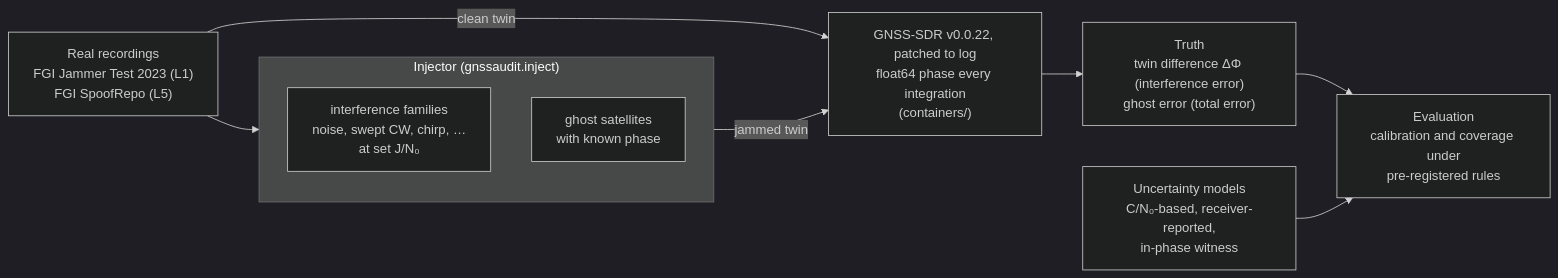
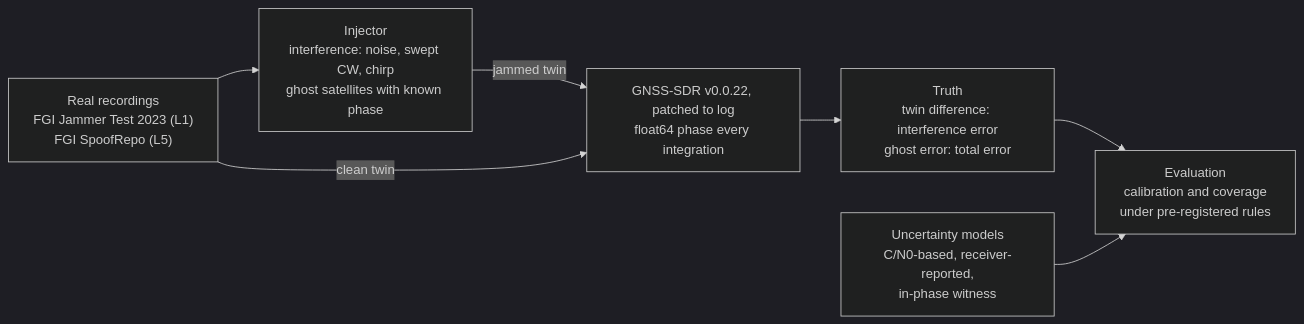
The diagram in README.md (ObvMamut/gnss-audit), drawn with Mermaid (dark theme) before and after one commit.

Commit message:
README: draw the pipeline diagram in plain mermaid, which GitHub renders
Development tree: 2d338e53baef5945232ee383230147c68c28840c

````diff
--- a/README.md
+++ b/README.md
@@ -18,14 +18,15 @@
 ```mermaid
 flowchart LR
-    rec["Real recordings<br/>FGI Jammer Test 2023 (L1)<br/>FGI SpoofRepo (L5)"] --> inj
-    subgraph inj["Injector (gnssaudit.inject)"]
-        fam["interference families<br/>noise, swept CW, chirp, …<br/>at set J/N₀"]
-        ghost["ghost satellites<br/>with known phase"]
-    end
+    rec["Real recordings<br/>FGI Jammer Test 2023 (L1)<br/>FGI SpoofRepo (L5)"]
+    inj["Injector<br/>interference: noise, swept CW, chirp<br/>ghost satellites with known phase"]
+    rx["GNSS-SDR v0.0.22, patched to log<br/>float64 phase every integration"]
+    truth["Truth<br/>twin difference: interference error<br/>ghost error: total error"]
+    models["Uncertainty models<br/>C/N0-based, receiver-reported,<br/>in-phase witness"]
+    ev["Evaluation<br/>calibration and coverage<br/>under pre-registered rules"]
+    rec --> inj
     inj -->|jammed twin| rx
     rec -->|clean twin| rx
-    rx["GNSS-SDR v0.0.22, patched to log<br/>float64 phase every integration<br/>(containers/)"] --> truth
-    truth["Truth<br/>twin difference ΔΦ (interference error)<br/>ghost error (total error)"] --> eval
-    models["Uncertainty models<br/>C/N₀-based, receiver-reported,<br/>in-phase witness"] --> eval
-    eval["Evaluation<br/>calibration and coverage under<br/>pre-registered rules"]
+    rx --> truth
+    truth --> ev
+    models --> ev
 ```
````
